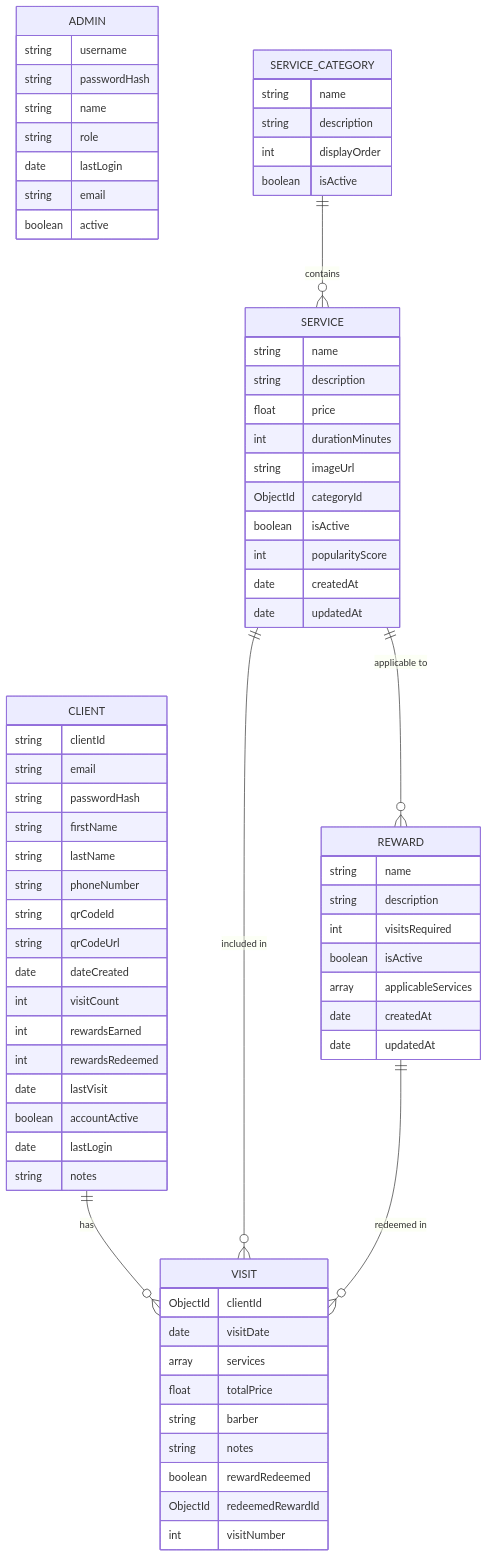
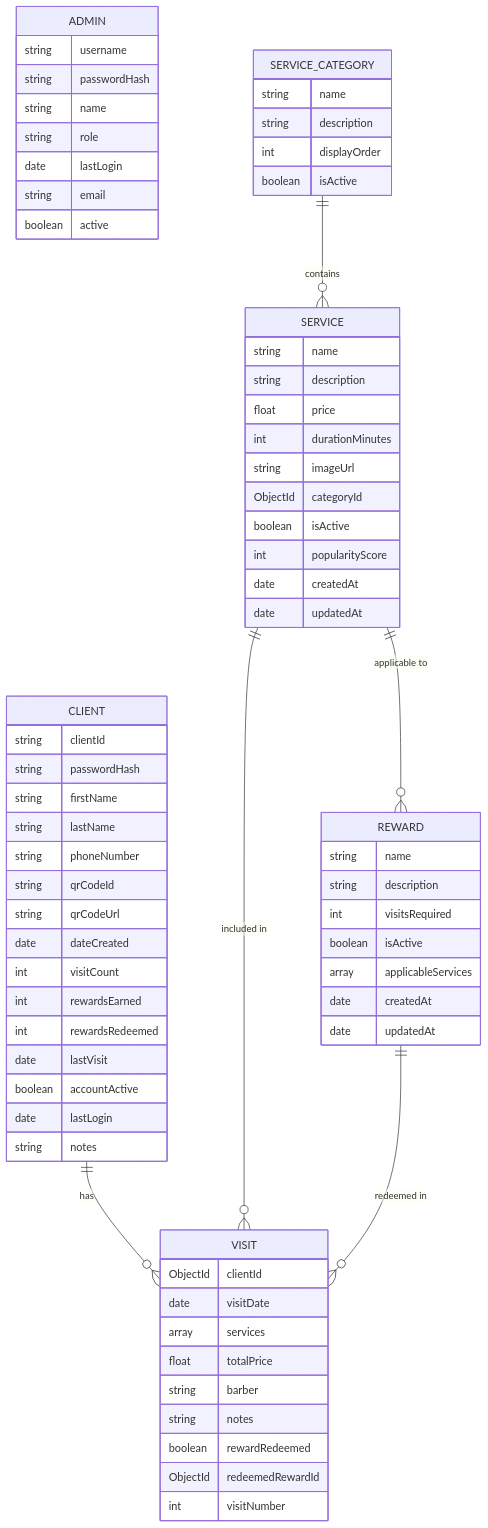
One commit to AbdellahRAISSOUNI/barbaros changed the diagram in docs/data-models.md. Above: the diagram before and after it, drawn with Mermaid. The commit also changed other lines of this file and 3 other files, not shown here.

Commit message:
Refactor client authentication and data model to replace email with phone number. Update API documentation and validation rules accordingly. Ensure unique constraints and validation for phone numbers in the database schema.

````diff
--- a/docs/data-models.md
+++ b/docs/data-models.md
@@ -11,74 +11,73 @@
 ```mermaid
 erDiagram
     ADMIN {
         string username
         string passwordHash
         string name
         string role
         date lastLogin
         string email
         boolean active
     }
     CLIENT {
         string clientId
-        string email
         string passwordHash
         string firstName
         string lastName
         string phoneNumber
         string qrCodeId
         string qrCodeUrl
         date dateCreated
         int visitCount
         int rewardsEarned
         int rewardsRedeemed
         date lastVisit
         boolean accountActive
         date lastLogin
         string notes
     }
     SERVICE_CATEGORY {
         string name
         string description
         int displayOrder
         boolean isActive
     }
     SERVICE {
         string name
         string description
         float price
         int durationMinutes
         string imageUrl
         ObjectId categoryId
         boolean isActive
         int popularityScore
         date createdAt
         date updatedAt
     }
     VISIT {
         ObjectId clientId
         date visitDate
         array services
         float totalPrice
         string barber
         string notes
         boolean rewardRedeemed
         ObjectId redeemedRewardId
         int visitNumber
     }
     REWARD {
         string name
         string description
         int visitsRequired
         boolean isActive
         array applicableServices
         date createdAt
         date updatedAt
     }
     
     CLIENT ||--o{ VISIT : "has"
     SERVICE_CATEGORY ||--o{ SERVICE : "contains"
     SERVICE ||--o{ VISIT : "included in"
     REWARD ||--o{ VISIT : "redeemed in"
     SERVICE ||--o{ REWARD : "applicable to"
 ```
````
